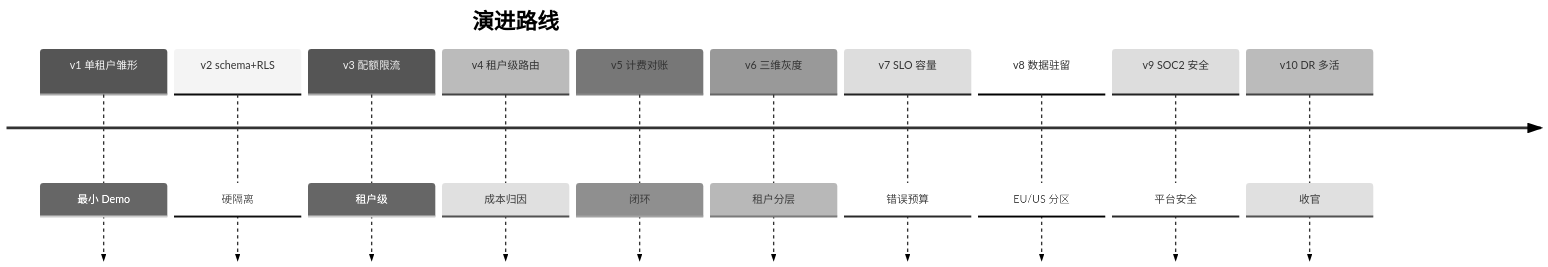
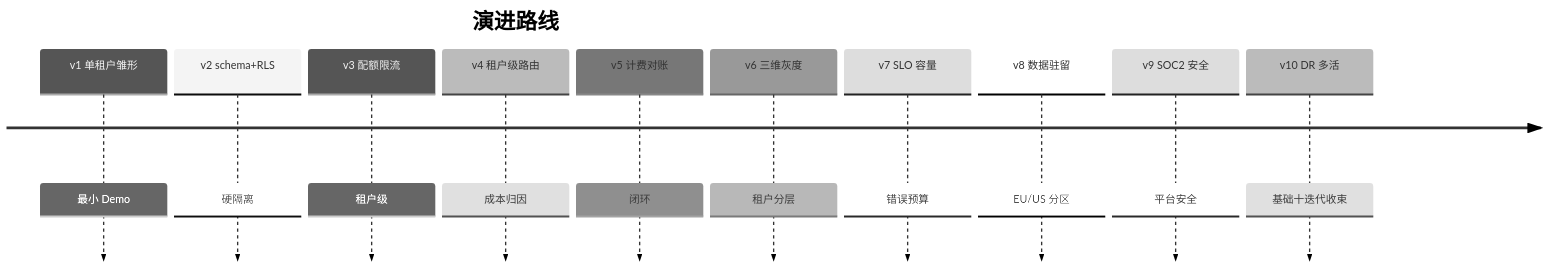
The third of 3 diagrams in docs/项目/07-跨国多租户SaaS-Agent平台/10-DR与多活.md (UranusGit/java-agent-learn), drawn with Mermaid (neutral theme) before and after one commit. The commit also changed other lines of this file and 14 other files, not shown here.

````diff
--- a/docs/项目/07-跨国多租户SaaS-Agent平台/10-DR与多活.md
+++ b/docs/项目/07-跨国多租户SaaS-Agent平台/10-DR与多活.md
@@ -262,14 +270,14 @@
 ```mermaid
 timeline
     title 演进路线
     v1 单租户雏形 : 最小 Demo
     v2 schema+RLS : 硬隔离
     v3 配额限流 : 租户级
     v4 租户级路由 : 成本归因
     v5 计费对账 : 闭环
     v6 三维灰度 : 租户分层
     v7 SLO 容量 : 错误预算
     v8 数据驻留 : EU/US 分区
     v9 SOC2 安全 : 平台安全
-    v10 DR 多活 : 收官
+    v10 DR 多活 : 基础十迭代收束
 ```
````
